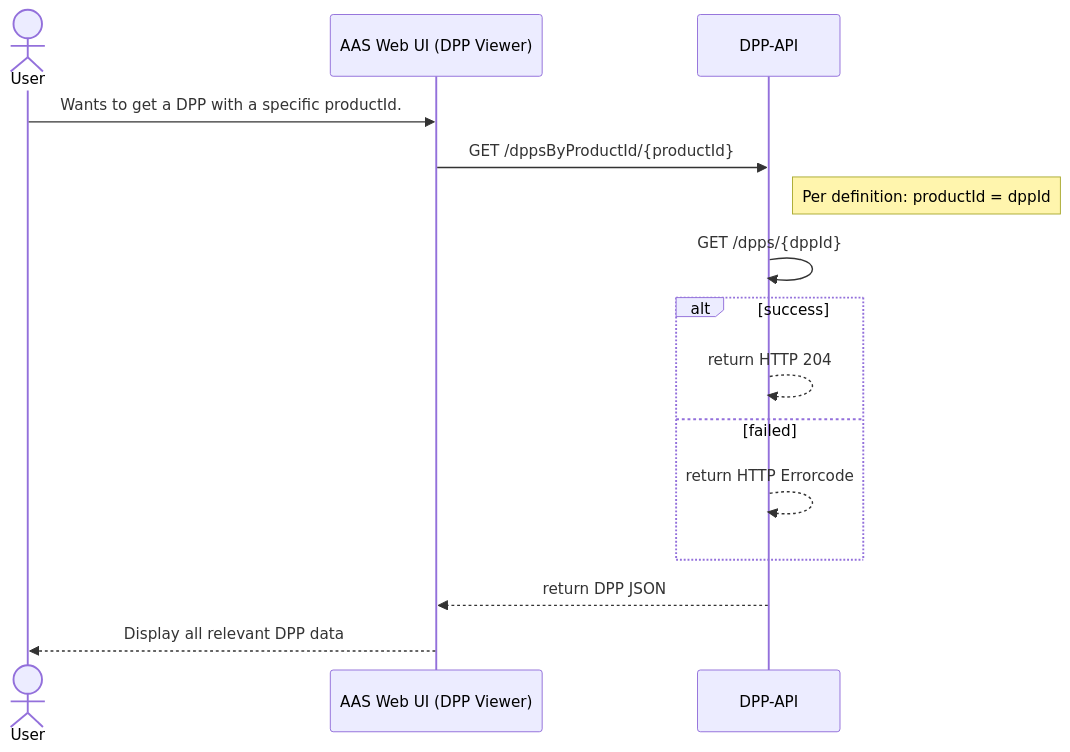
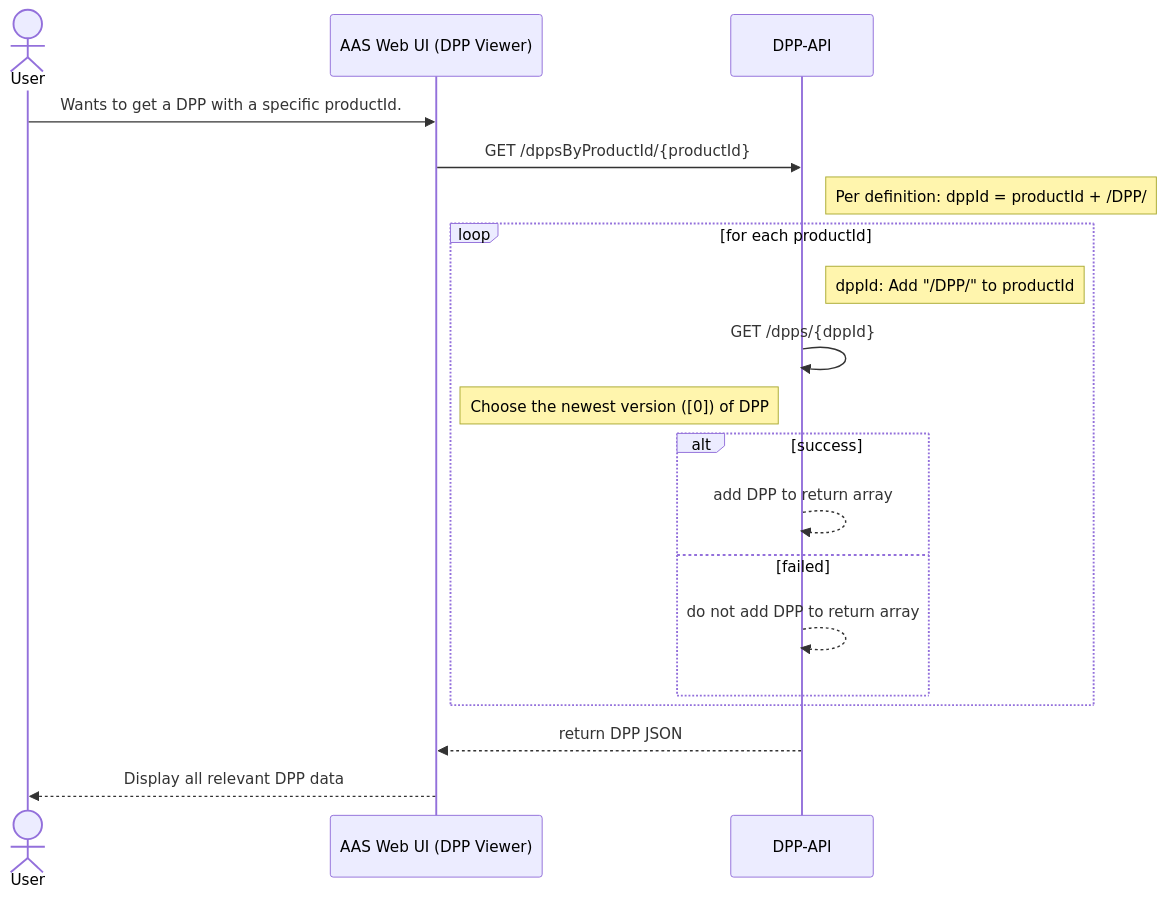
Before and after one commit to DHBW-TINF24F/Team6-BaSyx-DPP-API: the fifth of 10 diagrams in PROJECT/SAS/mapping.md, drawn with Mermaid. The commit also changed other lines of this file and 1 other file, not shown here.

````diff
--- a/PROJECT/SAS/mapping.md
+++ b/PROJECT/SAS/mapping.md
@@ -203,20 +194,24 @@
 ```mermaid
 sequenceDiagram
   actor User
   participant Web as AAS Web UI (DPP Viewer)
   participant API as DPP-API
 
   User->>Web: Wants to get a DPP with a specific productId.
   Web->>API: GET /dppsByProductId/{productId}
-  Note right of API: Per definition: productId = dppId
-  API->>API: GET /dpps/{dppId}
-  
-  alt success
-    API-->>API: return HTTP 204
-  else failed
-    API-->>API: return HTTP Errorcode
+  Note right of API: Per definition: dppId = productId + /DPP/
+  loop for each productId
+    Note right of API: dppId: Add "/DPP/" to productId
+    API->>API: GET /dpps/{dppId}
+    Note left of API: Choose the newest version ([0]) of DPP
+
+    alt success
+        API-->>API: add DPP to return array
+    else failed
+        API-->>API: do not add DPP to return array
+    end
   end
   
   API-->>Web: return DPP JSON
   Web-->>User: Display all relevant DPP data
 ```
````
